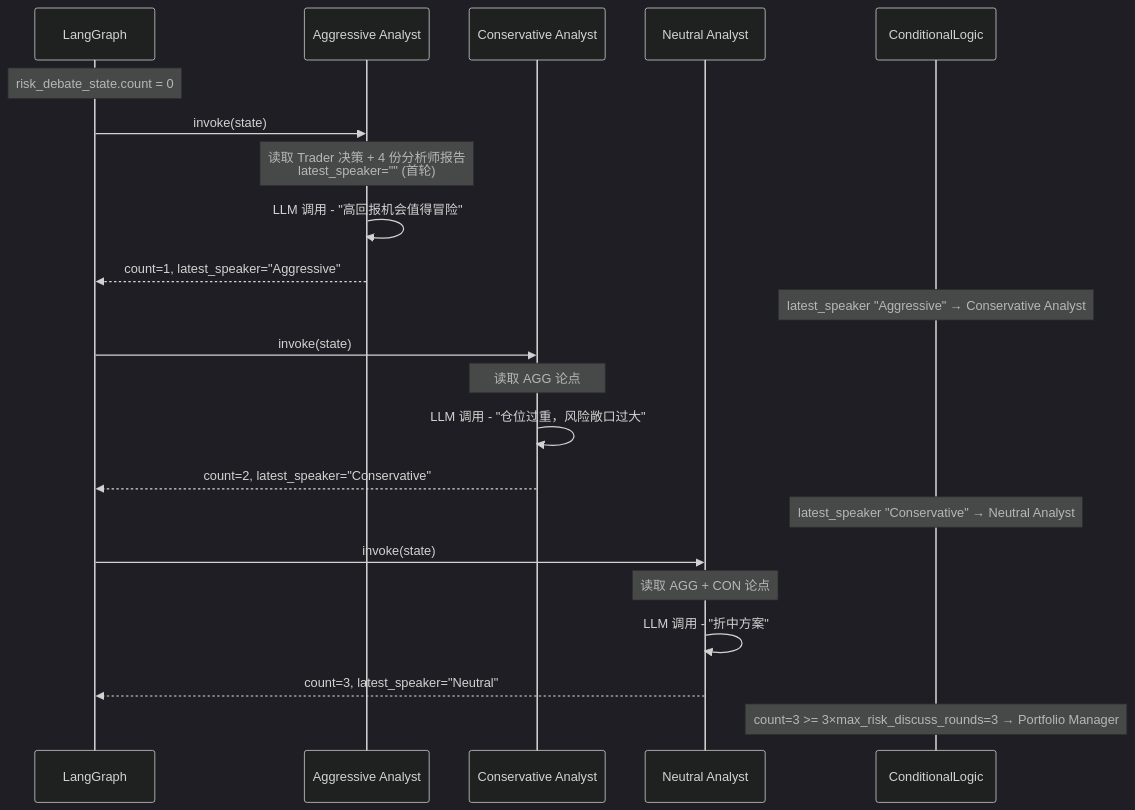
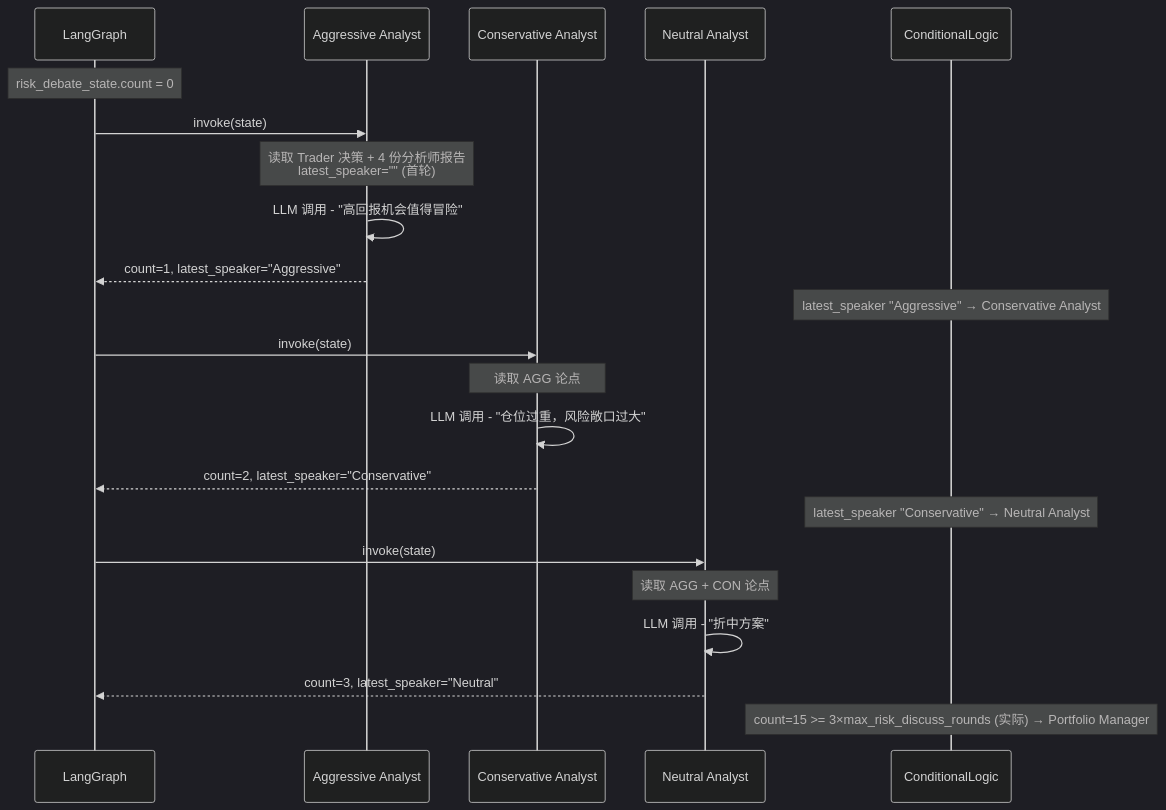
Before and after one commit to kindywu/TradingAgents: the eighth of 12 diagrams in docs/端到端案例文档.md, drawn with Mermaid (dark theme). The commit also changed other lines of this file and 27 other files, not shown here.

````diff
--- a/docs/端到端案例文档.md
+++ b/docs/端到端案例文档.md
@@ -740,31 +701,31 @@
 ```mermaid
 sequenceDiagram
     participant Graph as LangGraph
     participant AGG as Aggressive Analyst
     participant CON as Conservative Analyst
     participant NEU as Neutral Analyst
     participant COND as ConditionalLogic
 
     Note over Graph: risk_debate_state.count = 0
 
     Graph->>AGG: invoke(state)
     Note over AGG: 读取 Trader 决策 + 4 份分析师报告<br/>latest_speaker="" (首轮)
     AGG->>AGG: LLM 调用 - "高回报机会值得冒险"
     AGG-->>Graph: count=1, latest_speaker="Aggressive"
 
     Note over COND: latest_speaker "Aggressive" → Conservative Analyst
 
     Graph->>CON: invoke(state)
     Note over CON: 读取 AGG 论点
     CON->>CON: LLM 调用 - "仓位过重，风险敞口过大"
     CON-->>Graph: count=2, latest_speaker="Conservative"
 
     Note over COND: latest_speaker "Conservative" → Neutral Analyst
 
     Graph->>NEU: invoke(state)
     Note over NEU: 读取 AGG + CON 论点
     NEU->>NEU: LLM 调用 - "折中方案"
     NEU-->>Graph: count=3, latest_speaker="Neutral"
 
-    Note over COND: count=3 >= 3×max_risk_discuss_rounds=3 → Portfolio Manager
+    Note over COND: count=15 >= 3×max_risk_discuss_rounds (实际) → Portfolio Manager
 ```
````
